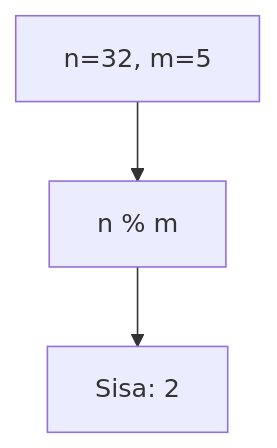
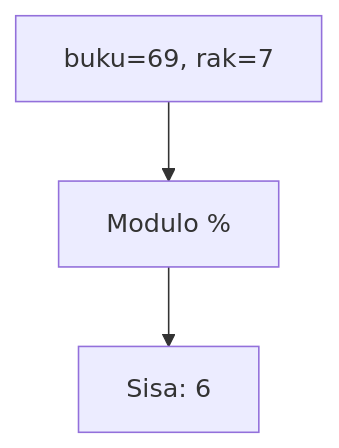
Before and after one commit to amnahwaida/OSNK_INF_PREP: the second of 25 diagrams in part-c-pemahaman-cpp/01-tipe-data/latihan/set-05.md, drawn with Mermaid. The commit also changed other lines of this file and 71 other files, not shown here.

````diff
--- a/part-c-pemahaman-cpp/01-tipe-data/latihan/set-05.md
+++ b/part-c-pemahaman-cpp/01-tipe-data/latihan/set-05.md
@@ -49,5 +51,5 @@
 ```mermaid
 graph TD
-A["n=32, m=5"] --> B["n % m"]
-B --> C["Sisa: 2"]
+A["buku=69, rak=7"] --> B["Modulo %"]
+B --> C["Sisa: 6"]
 ```
````
